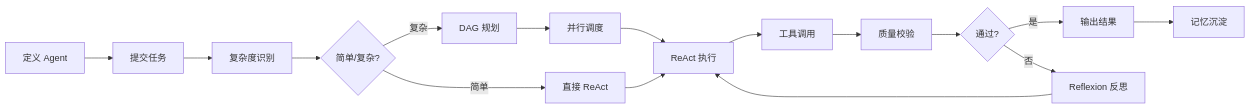
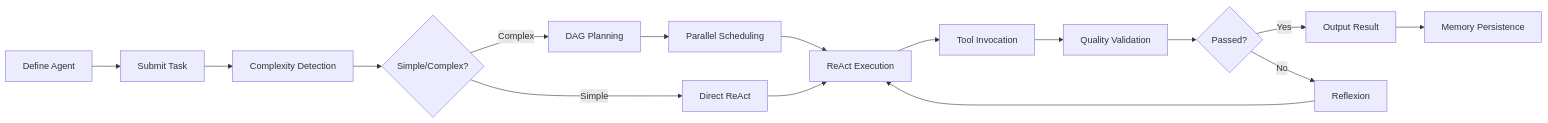
Before and after one commit to ZedeX/agentforge: the second of 2 diagrams in README.md, drawn with Mermaid. The commit also changed other lines of this file and 6 other files, not shown here.

````diff
--- a/README.md
+++ b/README.md
@@ -289,18 +295,18 @@
 ```mermaid
 flowchart LR
-    A[定义 Agent] --> B[提交任务]
-    B --> C[复杂度识别]
-    C --> D{简单/复杂?}
-    D -->|简单| E[直接 ReAct]
-    D -->|复杂| F[DAG 规划]
-    F --> G[并行调度]
-    G --> H[ReAct 执行]
+    A[Define Agent] --> B[Submit Task]
+    B --> C[Complexity Detection]
+    C --> D{Simple/Complex?}
+    D -->|Simple| E[Direct ReAct]
+    D -->|Complex| F[DAG Planning]
+    F --> G[Parallel Scheduling]
+    G --> H[ReAct Execution]
     E --> H
-    H --> I[工具调用]
-    I --> J[质量校验]
-    J --> K{通过?}
-    K -->|是| L[输出结果]
-    K -->|否| M[Reflexion 反思]
+    H --> I[Tool Invocation]
+    I --> J[Quality Validation]
+    J --> K{Passed?}
+    K -->|Yes| L[Output Result]
+    K -->|No| M[Reflexion]
     M --> H
-    L --> N[记忆沉淀]
+    L --> N[Memory Persistence]
 ```
````
